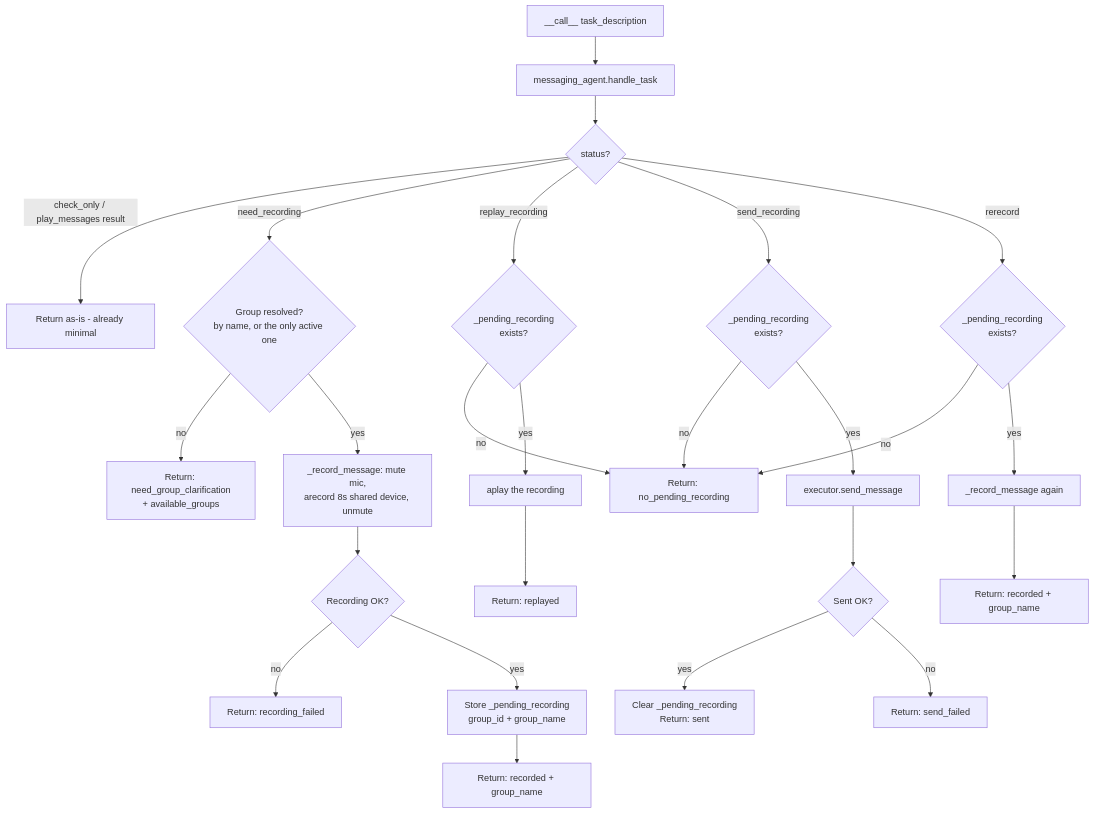
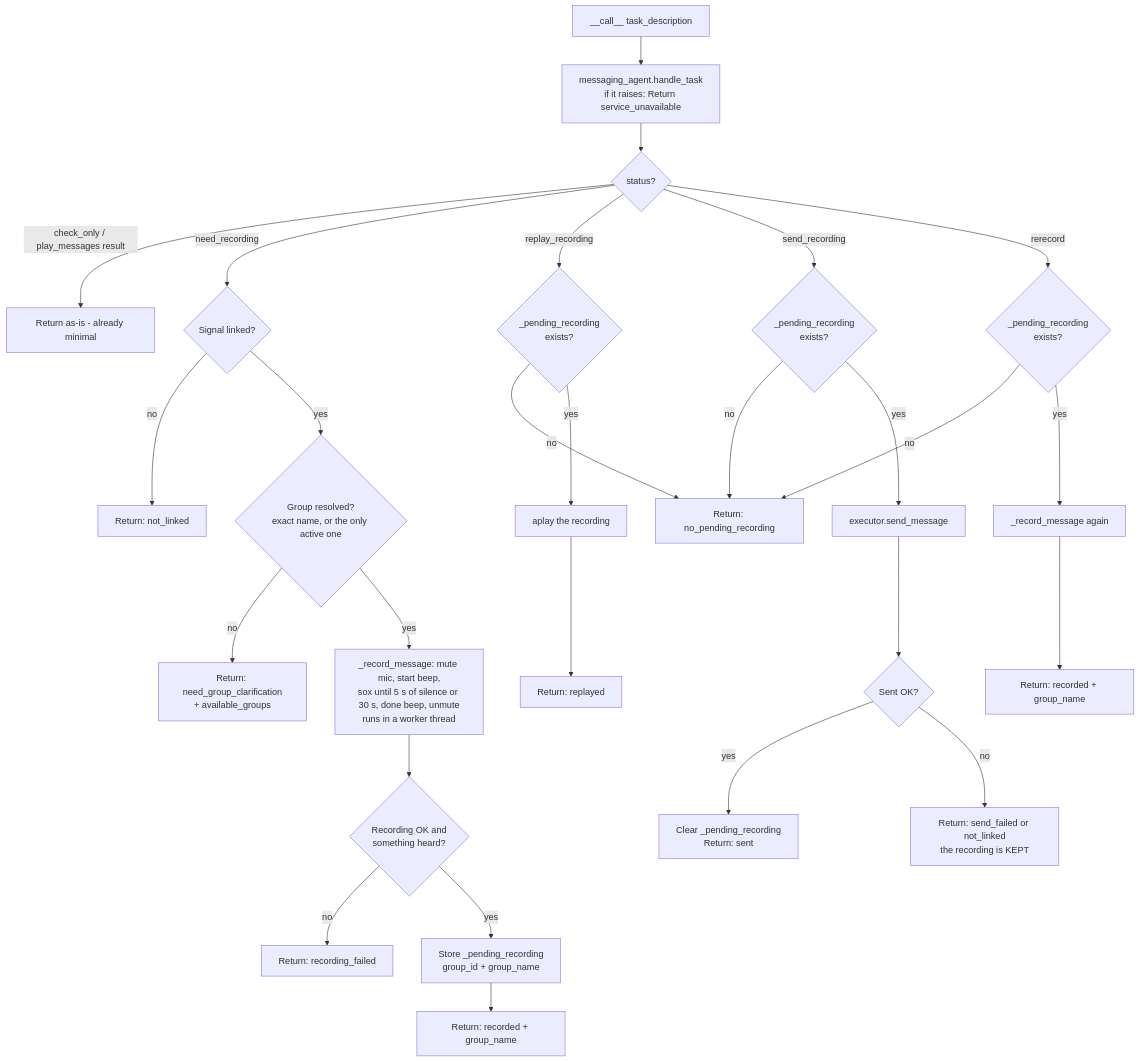
Before and after one commit to betiana688/lola-bla: the fifth of 9 diagrams in docs/architecture/conversation-app.md, drawn with Mermaid. The commit also changed other lines of this file and 5 other files, not shown here.

Commit message:
Docs: install flow, database reference, conversation app diagrams, Story 3 status; open point on unlink order

````diff
--- a/docs/architecture/conversation-app.md
+++ b/docs/architecture/conversation-app.md
@@ -90,31 +92,33 @@
 ```mermaid
 flowchart TD
-    A[__call__ task_description] --> B[messaging_agent.handle_task]
+    A[__call__ task_description] --> B[messaging_agent.handle_task<br/>if it raises: Return service_unavailable]
     B --> C{status?}
     C -->|check_only / play_messages result| D[Return as-is - already minimal]
 
-    C -->|need_recording| E{Group resolved?<br/>by name, or the only active one}
+    C -->|need_recording| NL{Signal linked?}
+    NL -->|no| NLR[Return: not_linked]
+    NL -->|yes| E{Group resolved?<br/>exact name, or the only active one}
     E -->|no| F[Return: need_group_clarification<br/>+ available_groups]
-    E -->|yes| G[_record_message: mute mic,<br/>arecord 8s shared device, unmute]
-    G --> H{Recording OK?}
+    E -->|yes| G[_record_message: mute mic, start beep,<br/>sox until 5 s of silence or 30 s, done beep, unmute<br/>runs in a worker thread]
+    G --> H{Recording OK and<br/>something heard?}
     H -->|no| I[Return: recording_failed]
     H -->|yes| J[Store _pending_recording<br/>group_id + group_name]
     J --> K[Return: recorded + group_name]
 
     C -->|replay_recording| L{_pending_recording<br/>exists?}
     L -->|no| M[Return: no_pending_recording]
     L -->|yes| N[aplay the recording]
     N --> O[Return: replayed]
 
     C -->|send_recording| P{_pending_recording<br/>exists?}
     P -->|no| M
     P -->|yes| Q[executor.send_message]
     Q --> R{Sent OK?}
     R -->|yes| S[Clear _pending_recording<br/>Return: sent]
-    R -->|no| T[Return: send_failed]
+    R -->|no| T[Return: send_failed or not_linked<br/>the recording is KEPT]
 
     C -->|rerecord| U{_pending_recording<br/>exists?}
     U -->|no| M
     U -->|yes| V[_record_message again]
     V --> W[Return: recorded + group_name]
 ```
````
